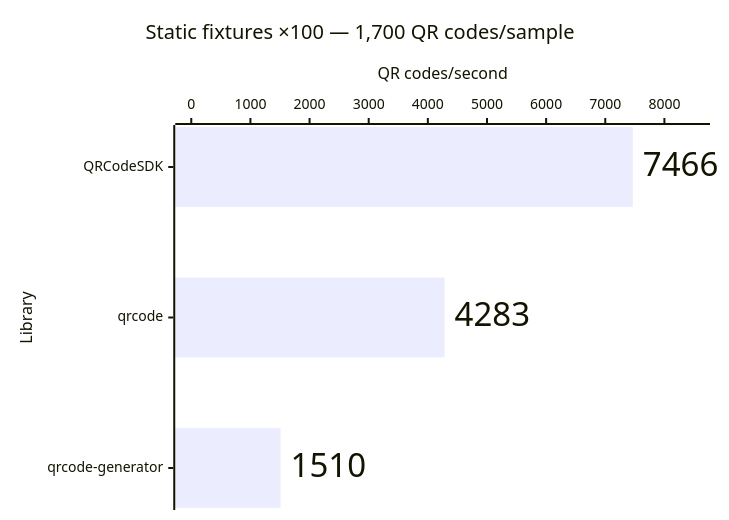
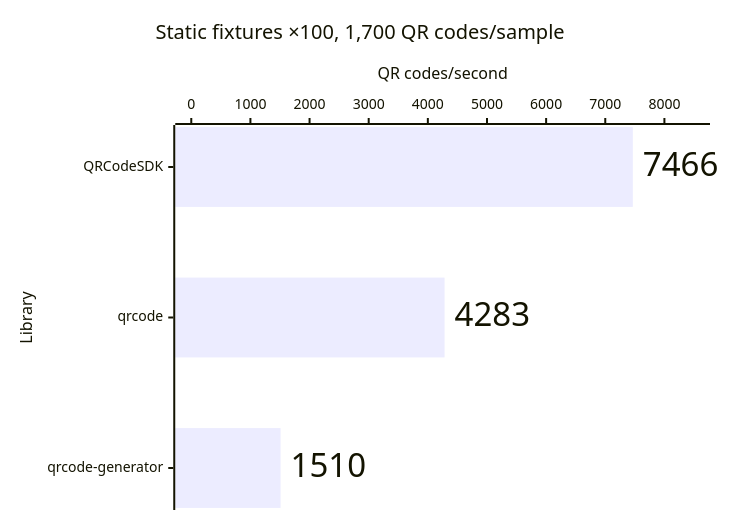
One commit to Dafnik/qrcodesdk changed the tenth of 14 diagrams in apps/docs/src/content/docs/learn/performance.md. Above: the diagram before and after it, drawn with Mermaid. The commit also changed other lines of this file and 86 other files, not shown here.

````diff
--- a/apps/docs/src/content/docs/learn/performance.md
+++ b/apps/docs/src/content/docs/learn/performance.md
@@ -214,15 +214,15 @@
 ```mermaid
 ---
 config:
   xyChart:
     showDataLabel: true
     showDataLabelOutsideBar: true
 ---
 xychart horizontal
-  accTitle: SVG generation: Static fixtures ×100 — 1,700 QR codes/sample
+  accTitle: SVG generation, Static fixtures ×100, 1,700 QR codes/sample
   accDescr: Throughput calculated from median time. QRCodeSDK 7,466 QR codes per second, qrcode 4,283 QR codes per second, qrcode-generator 1,510 QR codes per second. Higher is better.
-  title "Static fixtures ×100 — 1,700 QR codes/sample"
+  title "Static fixtures ×100, 1,700 QR codes/sample"
   x-axis "Library" ["QRCodeSDK", "qrcode", "qrcode-generator"]
   y-axis "QR codes/second" 0 --> 8500
   bar [7466, 4283, 1510]
 ```
````
